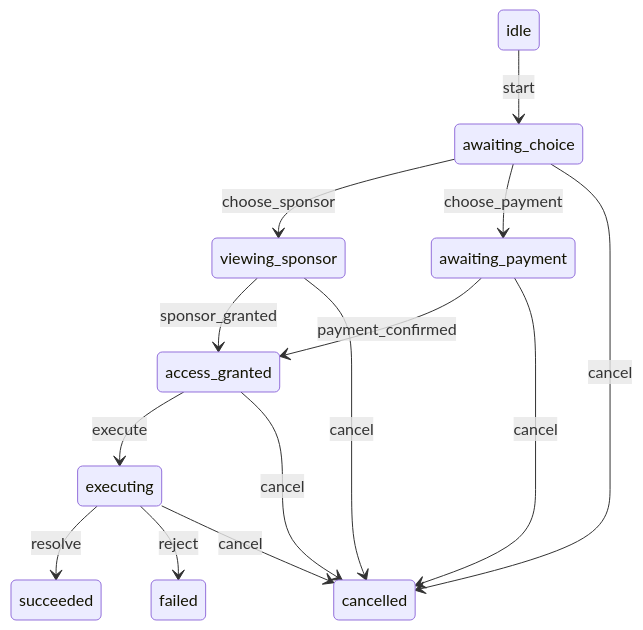
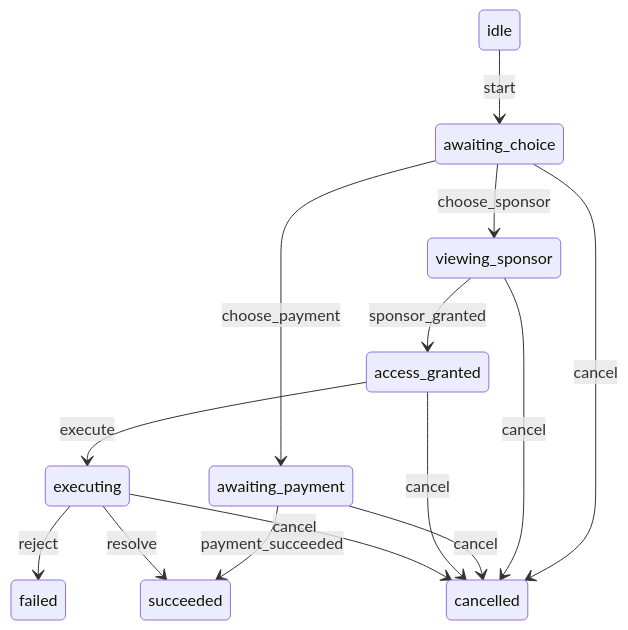
Before and after one commit to mashharuki/OpenAI-WebMCP-Challenge-Hackathon2026: the second of 3 diagrams in .kiro/specs/adgate-contracts/design.md, drawn with Mermaid. The commit also changed other lines of this file and 25 other files, not shown here.

````diff
--- a/.kiro/specs/adgate-contracts/design.md
+++ b/.kiro/specs/adgate-contracts/design.md
@@ -124,16 +124,16 @@
 ```mermaid
 stateDiagram-v2
     idle --> awaiting_choice: start
     awaiting_choice --> viewing_sponsor: choose_sponsor
     awaiting_choice --> awaiting_payment: choose_payment
     viewing_sponsor --> access_granted: sponsor_granted
-    awaiting_payment --> access_granted: payment_confirmed
     access_granted --> executing: execute
+    awaiting_payment --> succeeded: payment_succeeded
     executing --> succeeded: resolve
     executing --> failed: reject
     awaiting_choice --> cancelled: cancel
     viewing_sponsor --> cancelled: cancel
     awaiting_payment --> cancelled: cancel
     access_granted --> cancelled: cancel
     executing --> cancelled: cancel
 ```
````
